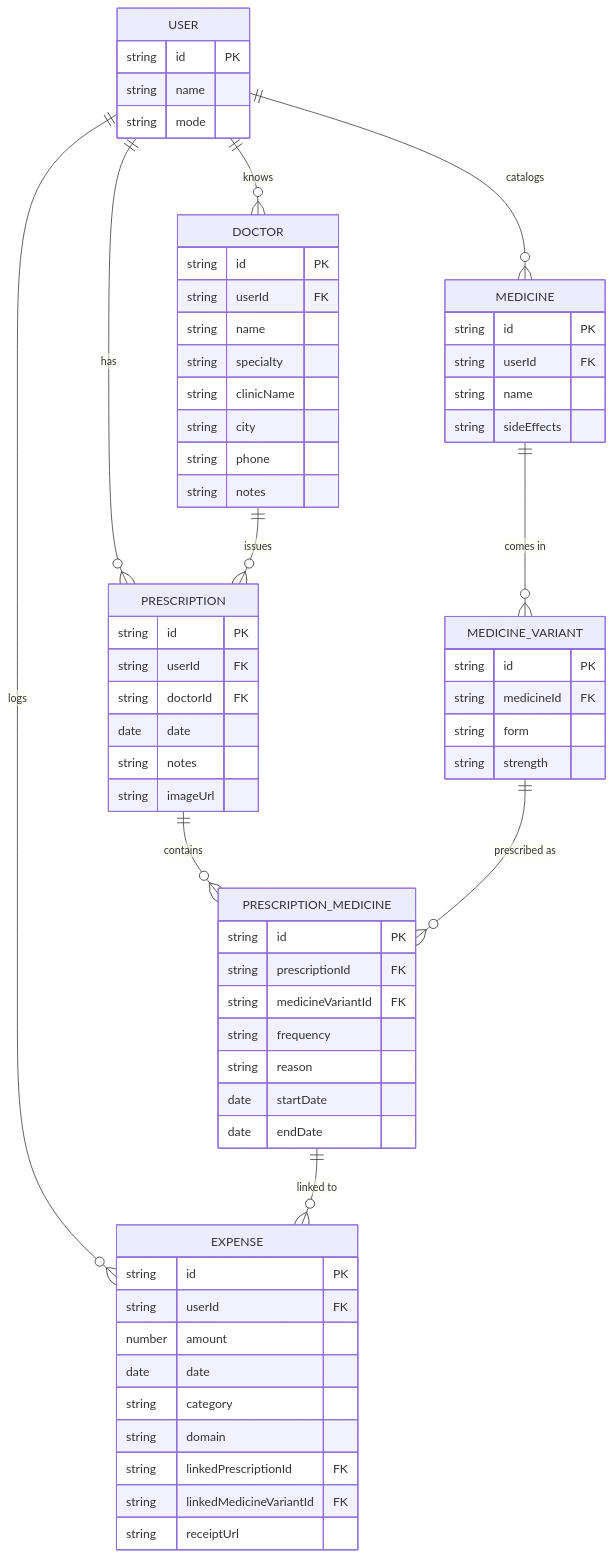
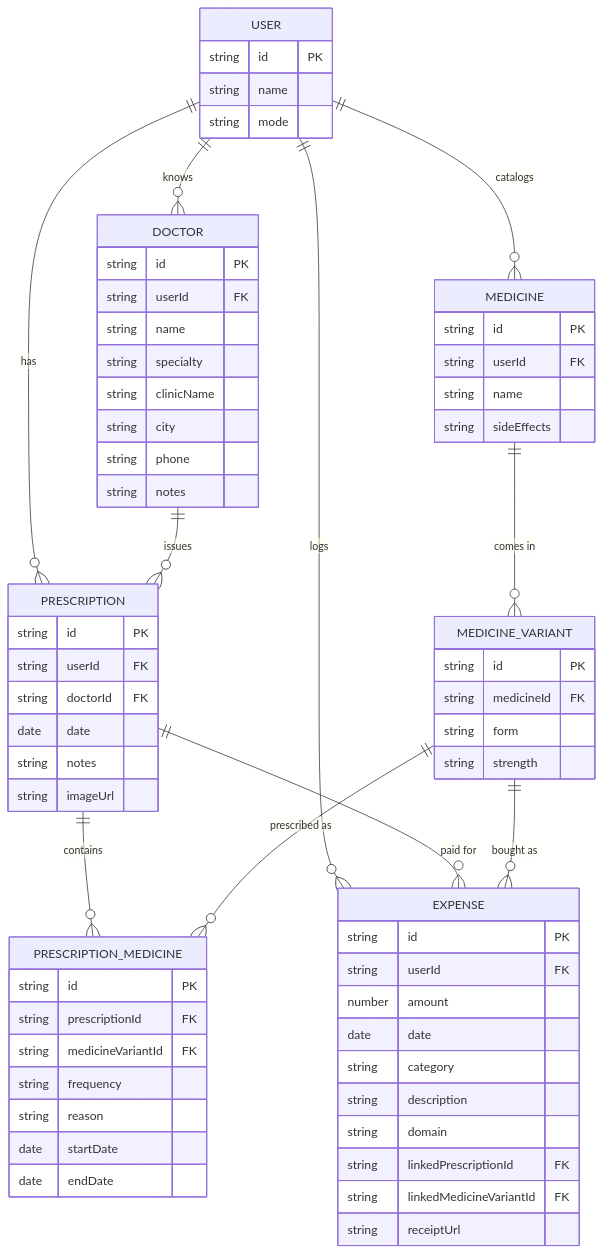
One commit to yogeshdatir/care-coin changed the diagram in client/docs/care-coin-planning-guide.md. Above: the diagram before and after it, drawn with Mermaid. The commit also changed other lines of this file and 24 other files, not shown here.

````diff
--- a/client/docs/care-coin-planning-guide.md
+++ b/client/docs/care-coin-planning-guide.md
@@ -114,67 +129,69 @@
 ```mermaid
 erDiagram
   USER ||--o{ PRESCRIPTION : has
   USER ||--o{ EXPENSE : logs
   USER ||--o{ MEDICINE : catalogs
   USER ||--o{ DOCTOR : knows
   MEDICINE ||--o{ MEDICINE_VARIANT : "comes in"
   DOCTOR ||--o{ PRESCRIPTION : issues
   PRESCRIPTION ||--o{ PRESCRIPTION_MEDICINE : contains
   MEDICINE_VARIANT ||--o{ PRESCRIPTION_MEDICINE : "prescribed as"
-  PRESCRIPTION_MEDICINE ||--o{ EXPENSE : "linked to"
+  PRESCRIPTION ||--o{ EXPENSE : "paid for"
+  MEDICINE_VARIANT ||--o{ EXPENSE : "bought as"
   USER {
     string id PK
     string name
     string mode
   }
   DOCTOR {
     string id PK
     string userId FK
     string name
     string specialty
     string clinicName
     string city
     string phone
     string notes
   }
   MEDICINE {
     string id PK
     string userId FK
     string name
     string sideEffects
   }
   MEDICINE_VARIANT {
     string id PK
     string medicineId FK
     string form
     string strength
   }
   PRESCRIPTION {
     string id PK
     string userId FK
     string doctorId FK
     date date
     string notes
     string imageUrl
   }
   PRESCRIPTION_MEDICINE {
     string id PK
     string prescriptionId FK
     string medicineVariantId FK
     string frequency
     string reason
     date startDate
     date endDate
   }
   EXPENSE {
     string id PK
     string userId FK
     number amount
     date date
     string category
+    string description
     string domain
     string linkedPrescriptionId FK
     string linkedMedicineVariantId FK
     string receiptUrl
   }
 ```
````
